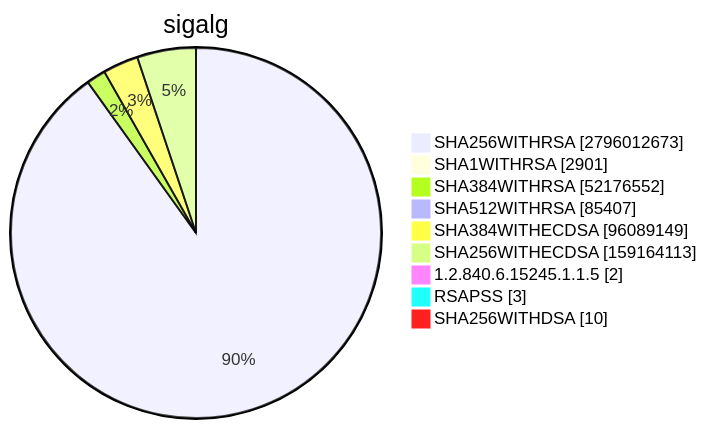
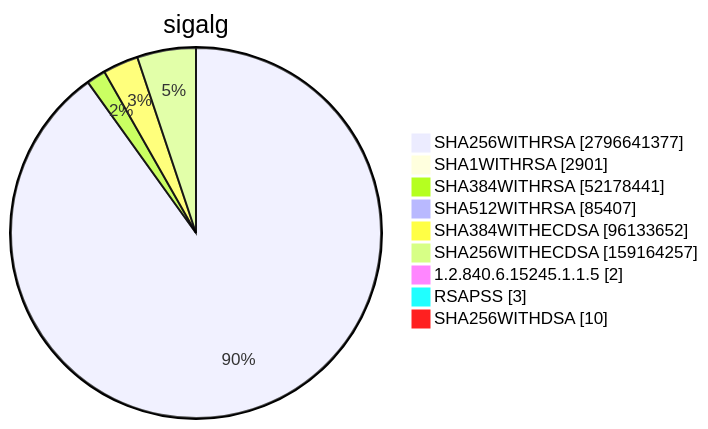
Before and after one commit to christiankrug/ctmonitor_visualization: diagram 15 of 15 in TOTAL/README.md, drawn with Mermaid. The commit also changed other lines of this file, not shown here.

````diff
--- a/TOTAL/README.md
+++ b/TOTAL/README.md
@@ -6205,13 +6205,13 @@
 ```mermaid
 pie showData
 title sigalg
-"SHA256WITHRSA" :2796012673
+"SHA256WITHRSA" :2796641377
 "SHA1WITHRSA" :2901
-"SHA384WITHRSA" :52176552
+"SHA384WITHRSA" :52178441
 "SHA512WITHRSA" :85407
-"SHA384WITHECDSA" :96089149
-"SHA256WITHECDSA" :159164113
+"SHA384WITHECDSA" :96133652
+"SHA256WITHECDSA" :159164257
 "1.2.840.6.15245.1.1.5" :2
 "RSAPSS" :3
 "SHA256WITHDSA" :10
 ```
````
